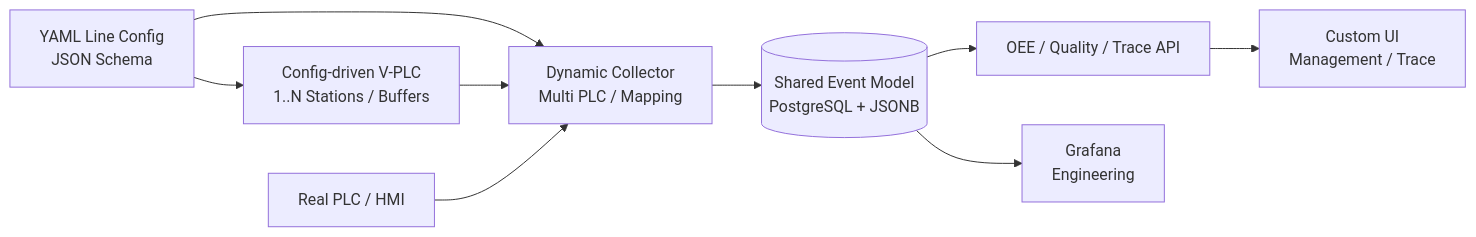
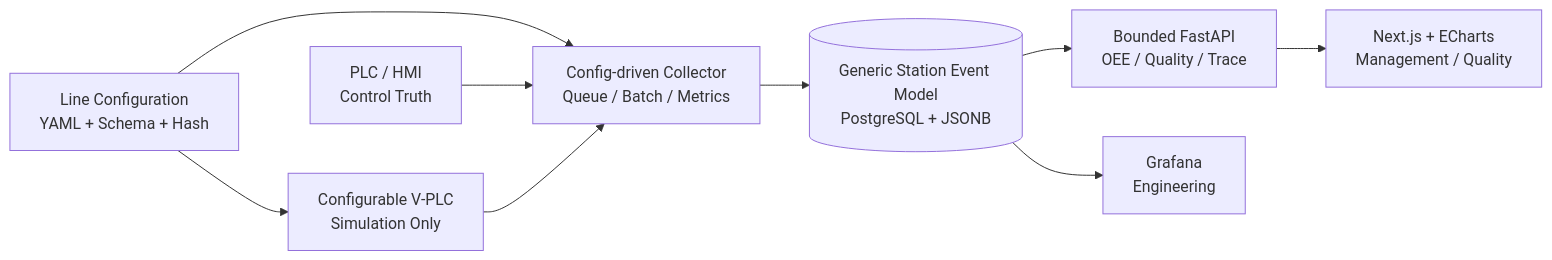
The diagram in docs/roadmap.md (Chenjie1002/Edge_Collector), drawn with Mermaid before and after one commit. The commit also changed other lines of this file and 11 other files, not shown here.

Commit message:
Phase 2 architecture planning docs

````diff
--- a/docs/roadmap.md
+++ b/docs/roadmap.md
@@ -21,20 +55,20 @@
 ```mermaid
 flowchart LR
-  Config["YAML Line Config<br/>JSON Schema"]
-  VPLC["Config-driven V-PLC<br/>1..N Stations / Buffers"]
-  PLC["Real PLC / HMI"]
-  Collector["Dynamic Collector<br/>Multi PLC / Mapping"]
-  DB[("Shared Event Model<br/>PostgreSQL + JSONB")]
-  API["OEE / Quality / Trace API"]
+  Config["Line Configuration<br/>YAML + Schema + Hash"]
+  PLC["PLC / HMI<br/>Control Truth"]
+  VPLC["Configurable V-PLC<br/>Simulation Only"]
+  Collector["Config-driven Collector<br/>Queue / Batch / Metrics"]
+  DB[("Generic Station Event Model<br/>PostgreSQL + JSONB")]
+  API["Bounded FastAPI<br/>OEE / Quality / Trace"]
+  UI["Next.js + ECharts<br/>Management / Quality"]
   Grafana["Grafana<br/>Engineering"]
-  UI["Custom UI<br/>Management / Trace"]
 
   Config --> VPLC
   Config --> Collector
+  PLC --> Collector
   VPLC --> Collector
-  PLC --> Collector
   Collector --> DB
   DB --> API
+  API --> UI
   DB --> Grafana
-  API --> UI
 ```
````
